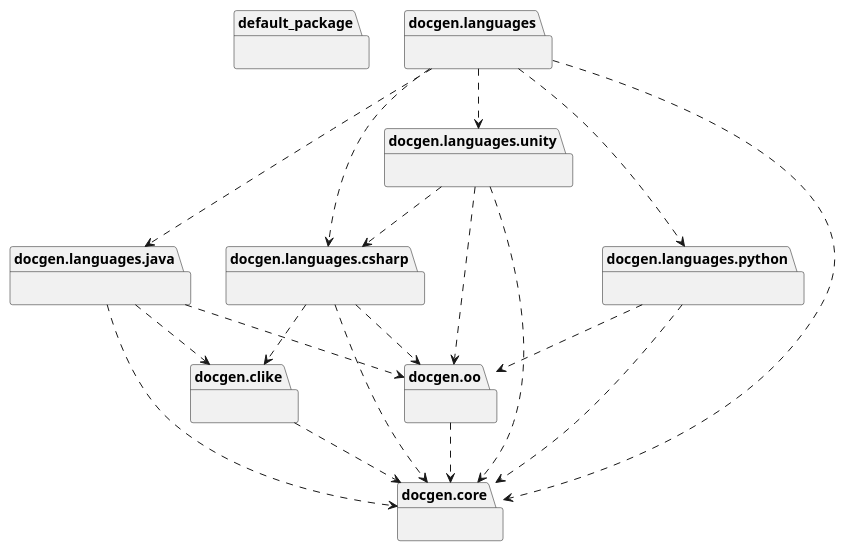
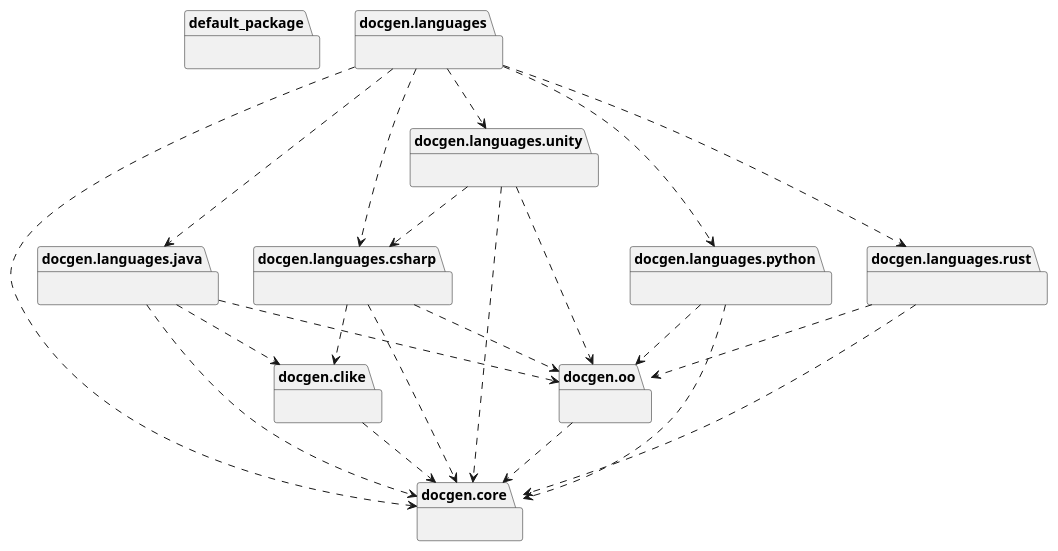
Before and after one commit to Boulede987/DocGeneration: the diagram in docs/Modelisation/Packages-Full/_overview.puml, drawn with PlantUML. The commit also changed 132 other files, not shown here.

First line of the commit message:
feat(rust): generate class diagrams from Rust crates

```diff
--- a/docs/Modelisation/Packages-Full/_overview.puml
+++ b/docs/Modelisation/Packages-Full/_overview.puml
@@ -1,73 +1,78 @@
 @startuml _overview
 
 skinparam classAttributeIconSize 0
 skinparam shadowing false
 
 skinparam class {
   BackgroundColor<<interface>> #D6EAF8
   BorderColor<<interface>> #2E86C1
 }
 skinparam class {
   BackgroundColor<<abstract>> #E8DAEF
   BorderColor<<abstract>> #8E44AD
 }
 skinparam class {
   BackgroundColor #D5F5E3
   BorderColor #27AE60
 }
 skinparam class {
   BackgroundColor<<dataclass>> #FCF3CF
   BorderColor<<dataclass>> #B7950B
 }
 skinparam class {
   BackgroundColor<<module>> #DDEBF7
   BorderColor<<module>> #4A6FA5
 }
 skinparam class {
   BackgroundColor<<static>> #a7faa0
   BorderColor<<static>> #38d610
 }
 skinparam class {
   BackgroundColor<<enum>> #F5B7B1
   BorderColor<<enum>> #C0392B
 }
 
 package "default_package" as default_package [[default_package.svg]] {
 }
 package "docgen.clike" as docgen_clike [[clike.svg]] {
 }
 package "docgen.core" as docgen_core [[core.svg]] {
 }
 package "docgen.languages" as docgen_languages [[languages.svg]] {
 }
 package "docgen.languages.csharp" as docgen_languages_csharp [[csharp.svg]] {
 }
 package "docgen.languages.java" as docgen_languages_java [[java.svg]] {
 }
 package "docgen.languages.python" as docgen_languages_python [[python.svg]] {
 }
+package "docgen.languages.rust" as docgen_languages_rust [[rust.svg]] {
+}
 package "docgen.languages.unity" as docgen_languages_unity [[unity.svg]] {
 }
 package "docgen.oo" as docgen_oo [[oo.svg]] {
 }
 
 docgen_clike ..> docgen_core
 docgen_languages ..> docgen_core
 docgen_languages ..> docgen_languages_csharp
 docgen_languages ..> docgen_languages_java
 docgen_languages ..> docgen_languages_python
+docgen_languages ..> docgen_languages_rust
 docgen_languages ..> docgen_languages_unity
 docgen_languages_csharp ..> docgen_clike
 docgen_languages_csharp ..> docgen_core
 docgen_languages_csharp ..> docgen_oo
 docgen_languages_java ..> docgen_clike
 docgen_languages_java ..> docgen_core
 docgen_languages_java ..> docgen_oo
 docgen_languages_python ..> docgen_core
 docgen_languages_python ..> docgen_oo
+docgen_languages_rust ..> docgen_core
+docgen_languages_rust ..> docgen_oo
 docgen_languages_unity ..> docgen_core
 docgen_languages_unity ..> docgen_languages_csharp
 docgen_languages_unity ..> docgen_oo
 docgen_oo ..> docgen_core
 
 @enduml
```
